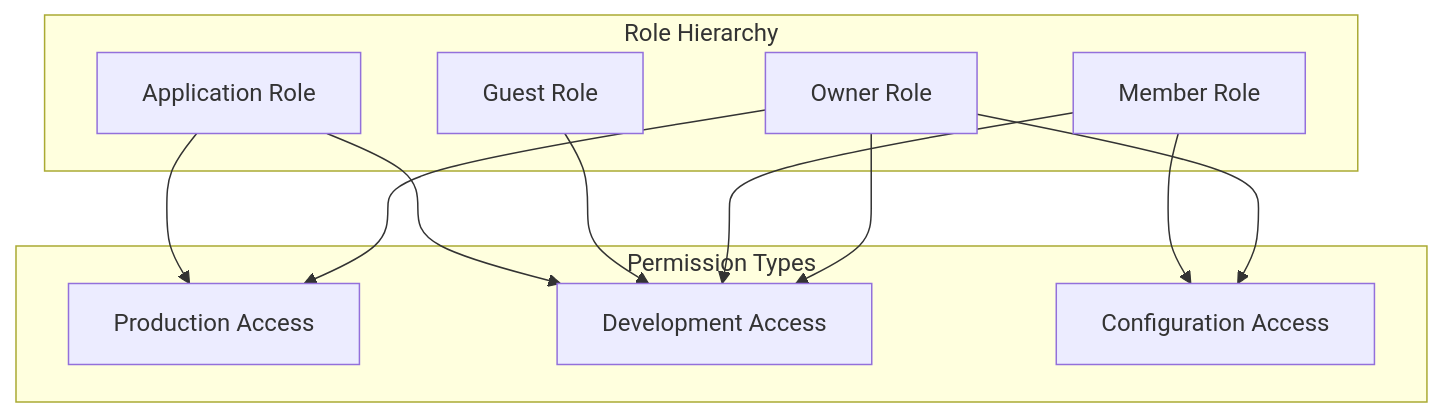
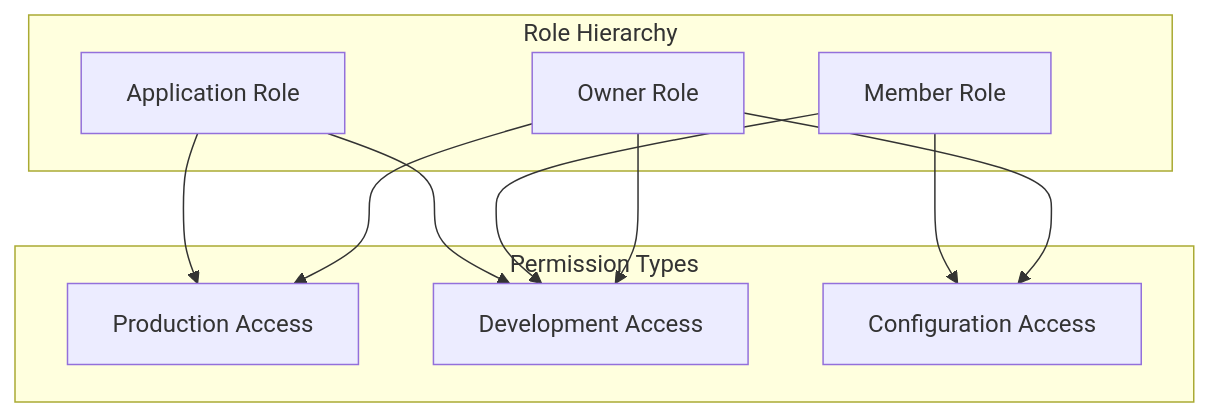
The third of 5 diagrams in running-sfp-as-a-server/sfp-pro-server-architecture-overview/authentication-system-deep-dive.md (flxbl-io/docs-sfp), drawn with Mermaid before and after one commit. The commit also changed other lines of this file, not shown here.

````diff
--- a/running-sfp-as-a-server/sfp-pro-server-architecture-overview/authentication-system-deep-dive.md
+++ b/running-sfp-as-a-server/sfp-pro-server-architecture-overview/authentication-system-deep-dive.md
@@ -105,27 +105,25 @@
 ```mermaid
 graph TD
     subgraph "Role Hierarchy"
         Owner[Owner Role]
         Member[Member Role]
-        Guest[Guest Role]
         App[Application Role]
     end
 
     subgraph "Permission Types"
         PR[Production Access]
         DR[Development Access]
         CR[Configuration Access]
     end
 
     Owner --> PR
     Owner --> DR
     Owner --> CR
   
     Member --> DR
     Member --> CR
   
-    Guest --> DR
   
     App --> PR
     App --> DR
 ```
````
